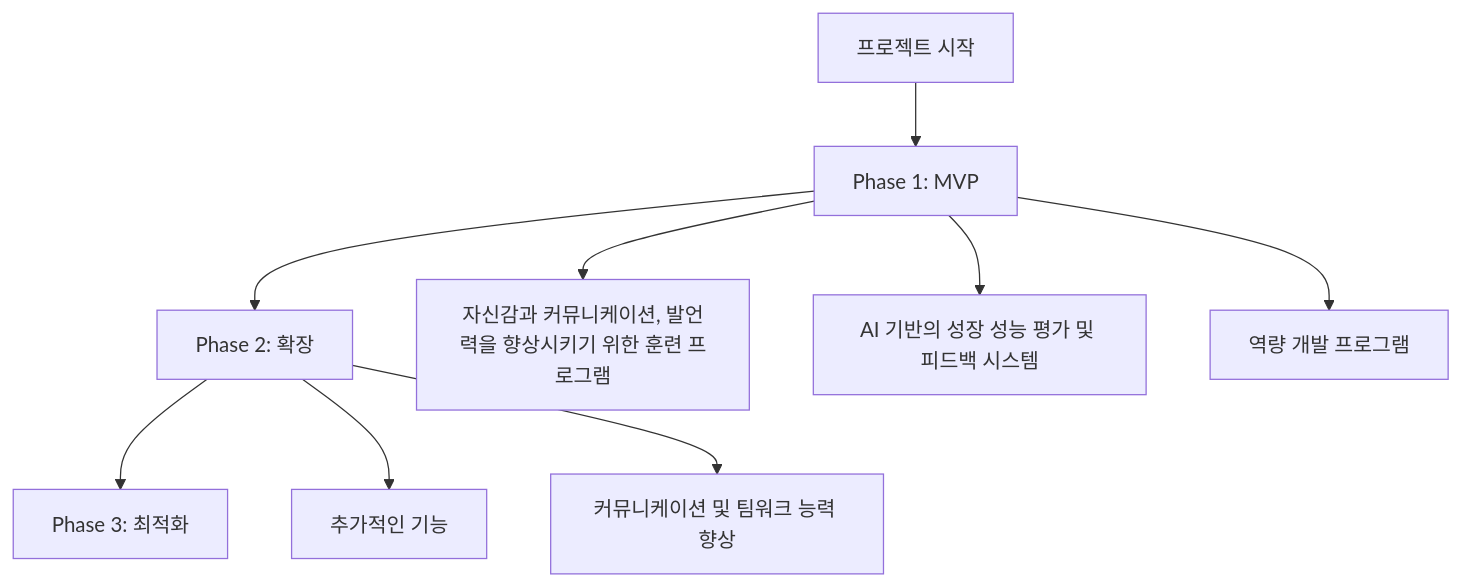
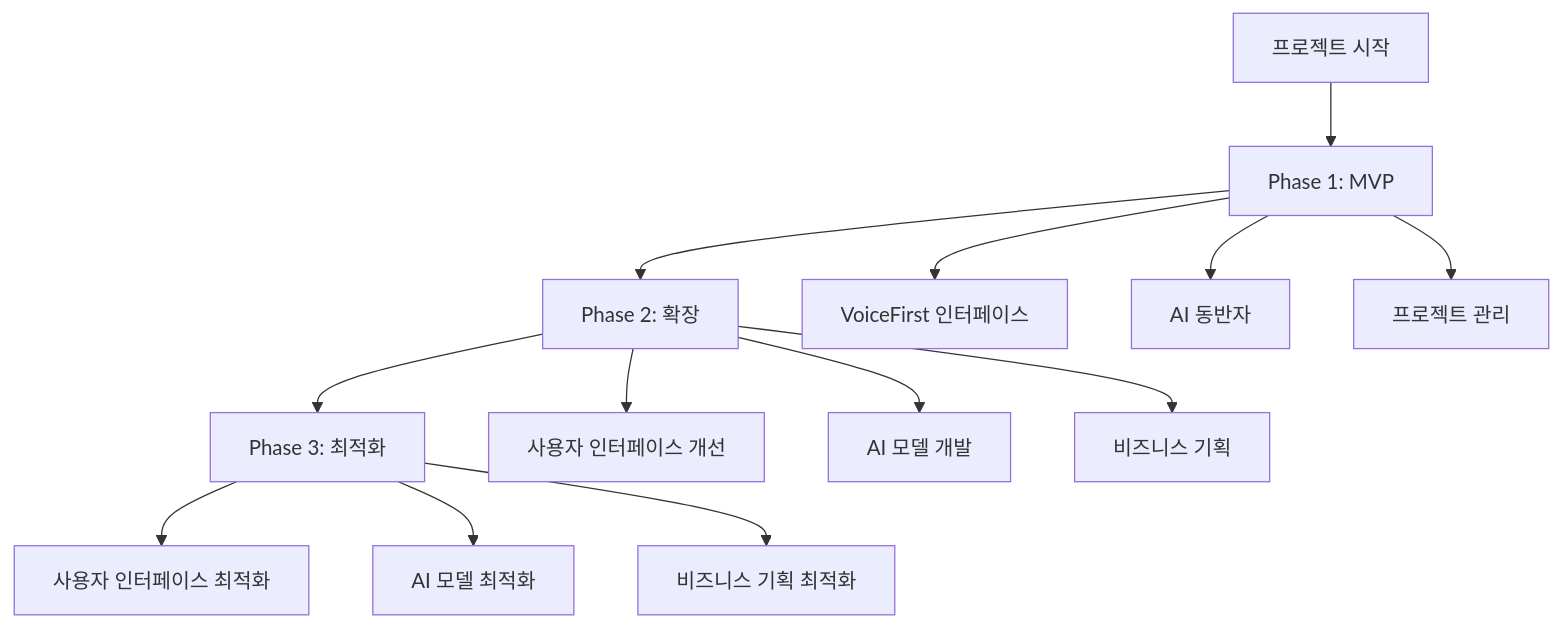
The diagram in prd_example.md (rmswo87/ideaspark), drawn with Mermaid before and after one commit. The commit also changed other lines of this file and 6 other files, not shown here.

````diff
--- a/prd_example.md
+++ b/prd_example.md
@@ -126,13 +365,18 @@
 ```mermaid
 graph TB
     A[프로젝트 시작] --> B[Phase 1: MVP]
     B --> C[Phase 2: 확장]
     C --> D[Phase 3: 최적화]
     
-    B --> B1[ 자신감과 커뮤니케이션, 발언력을 향상시키기 위한 훈련 프로그램]
-    B --> B2[AI 기반의 성장 성능 평가 및 피드백 시스템]
-    B --> B3[역량 개발 프로그램]
+    B --> B1[VoiceFirst 인터페이스]
+    B --> B2[AI 동반자]
+    B --> B3[프로젝트 관리]
     
-    C --> C1[ 추가적인 기능]
-    C --> C2[커뮤니케이션 및 팀워크 능력 향상]
+    C --> C1[사용자 인터페이스 개선]
+    C --> C2[AI 모델 개발]
+    C --> C3[비즈니스 기획]
+    
+    D --> D1[사용자 인터페이스 최적화]
+    D --> D2[AI 모델 최적화]
+    D --> D3[비즈니스 기획 최적화]
 ```
````
